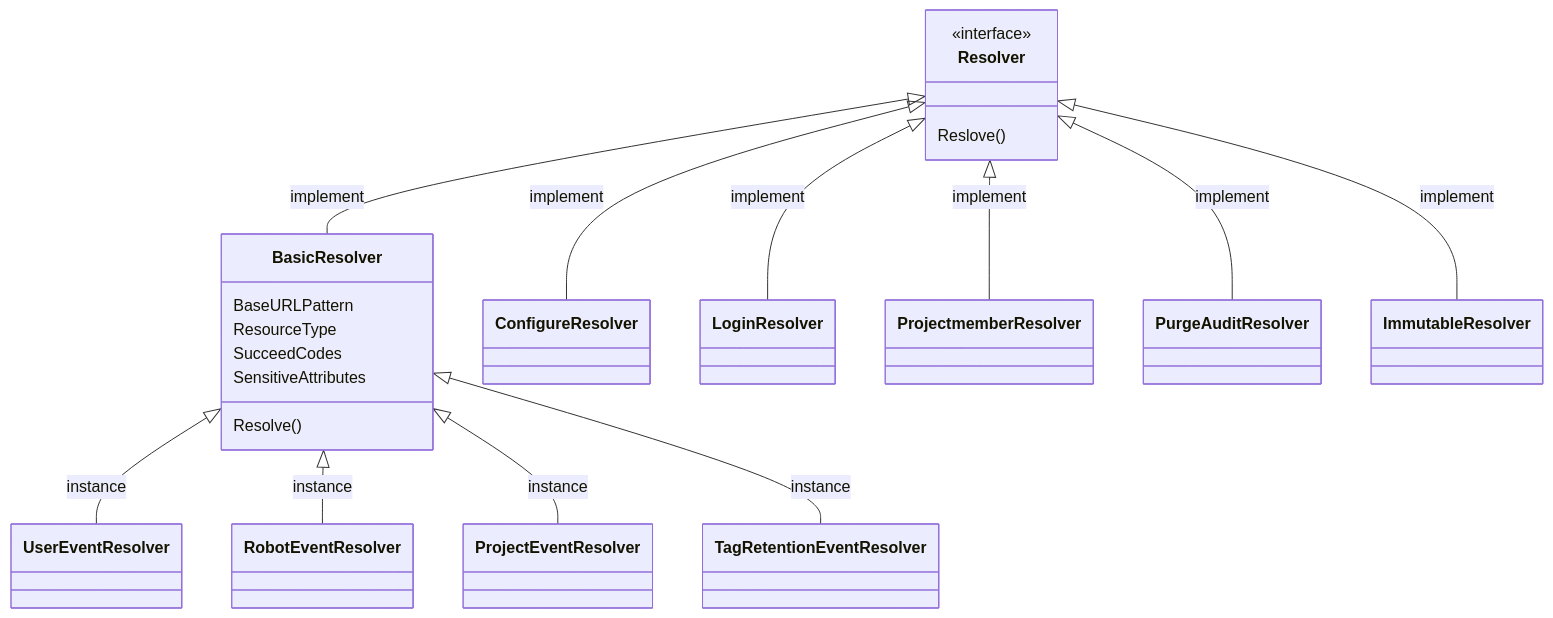
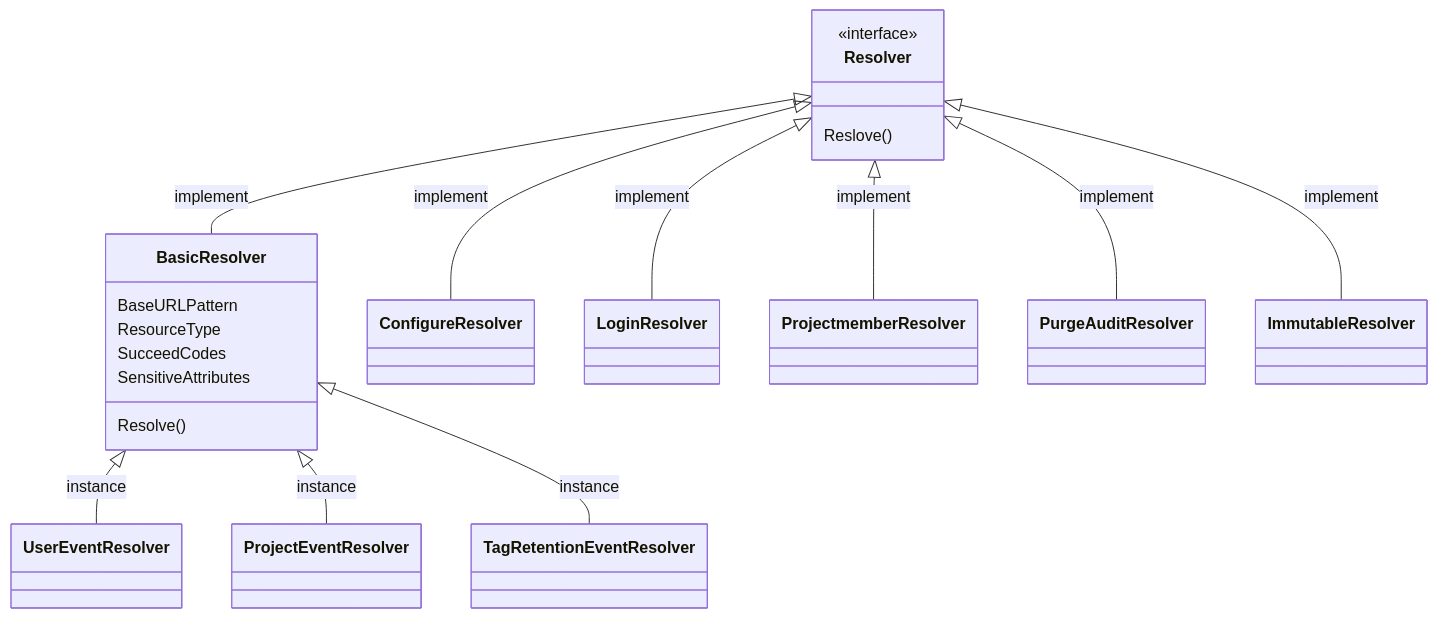
Before and after one commit to goharbor/community: the second of 3 diagrams in proposals/new/enhance_audit_log.md, drawn with Mermaid. The commit also changed other lines of this file, not shown here.

````diff
--- a/proposals/new/enhance_audit_log.md
+++ b/proposals/new/enhance_audit_log.md
@@ -243,24 +242,23 @@
 ```mermaid
 classDiagram
 
 Resolver <|-- BasicResolver : implement 
 <<interface>> Resolver
 Resolver <|-- ConfigureResolver : implement
 Resolver <|-- LoginResolver : implement
 Resolver <|-- ProjectmemberResolver : implement
 Resolver <|-- PurgeAuditResolver : implement
 Resolver <|-- ImmutableResolver : implement
 Resolver : Reslove()
 
 BasicResolver <|-- UserEventResolver : instance
-BasicResolver <|-- RobotEventResolver : instance
 BasicResolver <|-- ProjectEventResolver : instance
 BasicResolver <|-- TagRetentionEventResolver : instance
 
 BasicResolver : BaseURLPattern
 BasicResolver : ResourceType
 BasicResolver : SucceedCodes
 BasicResolver : SensitiveAttributes
 BasicResolver : Resolve()
 
 ```
````
